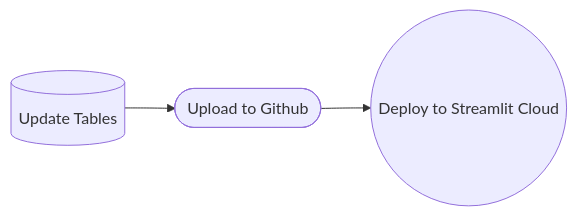
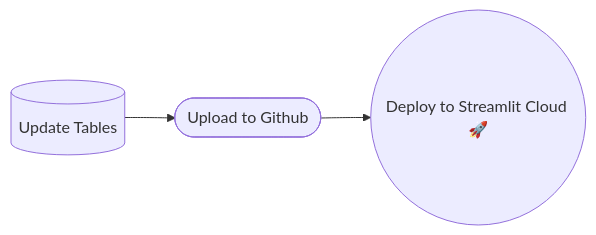
Before and after one commit to mattmajestic/web3CMS: the diagram in README.md, drawn with Mermaid. The commit also changed other lines of this file, not shown here.

````diff
--- a/README.md
+++ b/README.md
@@ -31,5 +30,5 @@
 ```mermaid
 flowchart LR
     a[(Update Tables)] --> b([Upload to Github])
-    b --> c((Deploy to Streamlit Cloud))
+    b --> c((Deploy to Streamlit Cloud 🚀))
  ```
````
